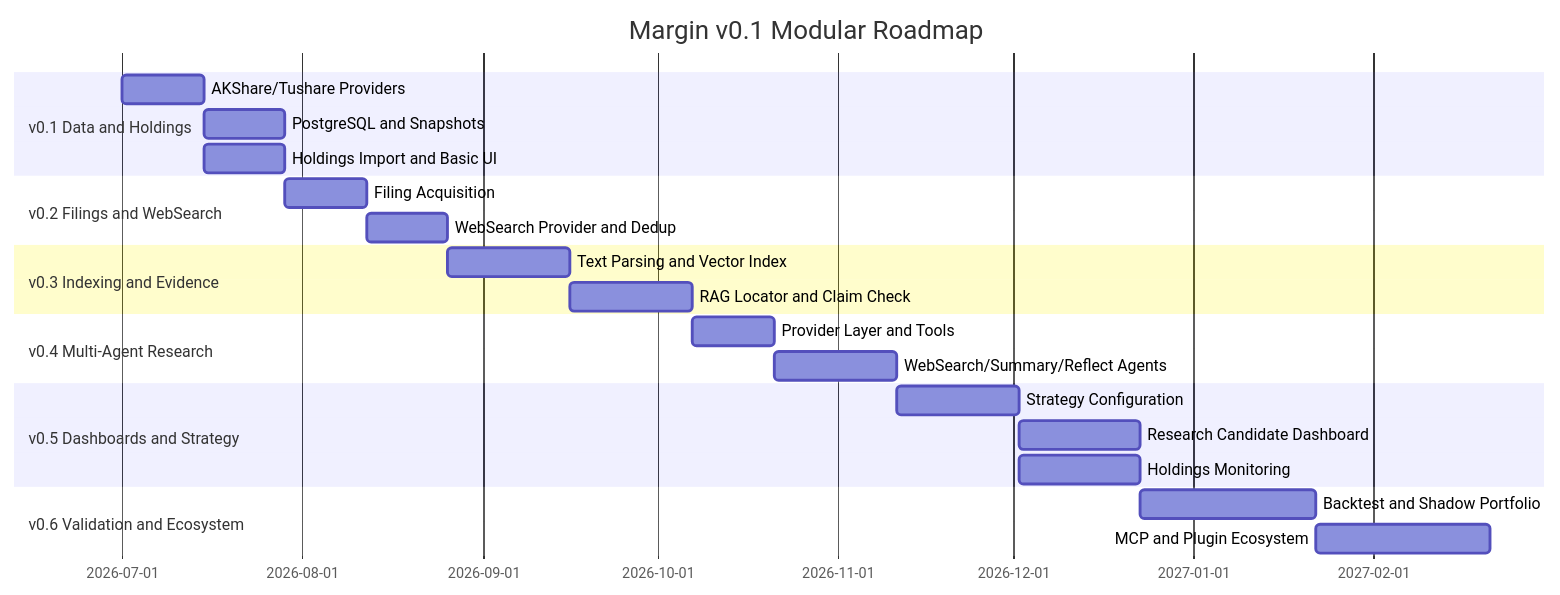
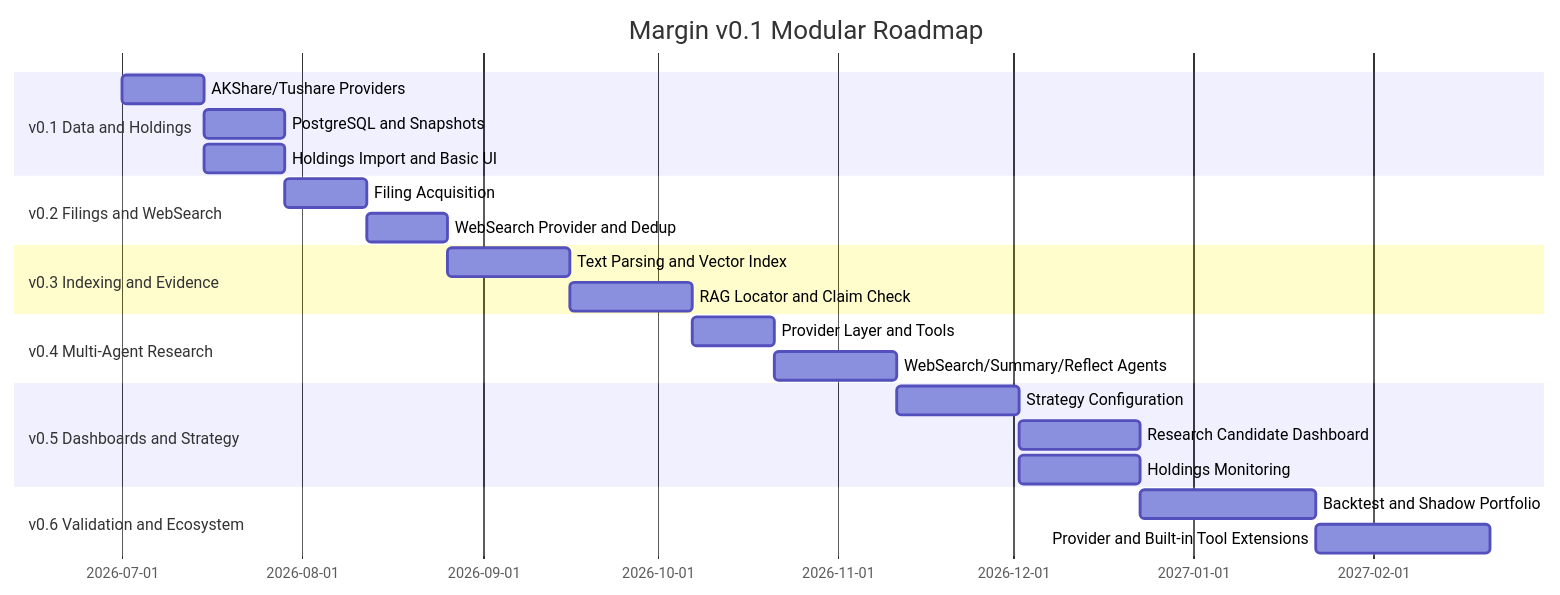
One commit to RickyW0529/Margin changed diagram 14 of 14 in docs/design/v0.1/product/Margin_Product_Design_v0.1_EN.md. Above: the diagram before and after it, drawn with Mermaid. The commit also changed other lines of this file and 64 other files, not shown here.

````diff
--- a/docs/design/v0.1/product/Margin_Product_Design_v0.1_EN.md
+++ b/docs/design/v0.1/product/Margin_Product_Design_v0.1_EN.md
@@ -655,25 +655,25 @@
 ```mermaid
 gantt
     title Margin v0.1 Modular Roadmap
     dateFormat YYYY-MM-DD
     section v0.1 Data and Holdings
     AKShare/Tushare Providers       :a1, 2026-07-01, 14d
     PostgreSQL and Snapshots        :a2, after a1, 14d
     Holdings Import and Basic UI    :a3, after a1, 14d
     section v0.2 Filings and WebSearch
     Filing Acquisition              :b1, after a2, 14d
     WebSearch Provider and Dedup    :b2, after b1, 14d
     section v0.3 Indexing and Evidence
     Text Parsing and Vector Index   :c1, after b2, 21d
     RAG Locator and Claim Check     :c2, after c1, 21d
     section v0.4 Multi-Agent Research
     Provider Layer and Tools        :d1, after c2, 14d
     WebSearch/Summary/Reflect Agents :d2, after d1, 21d
     section v0.5 Dashboards and Strategy
     Strategy Configuration          :e1, after d2, 21d
     Research Candidate Dashboard    :e2, after e1, 21d
     Holdings Monitoring             :e3, after e1, 21d
     section v0.6 Validation and Ecosystem
     Backtest and Shadow Portfolio   :f1, after e2, 30d
-    MCP and Plugin Ecosystem        :f2, after f1, 30d
+    Provider and Built-in Tool Extensions :f2, after f1, 30d
 ```
````
